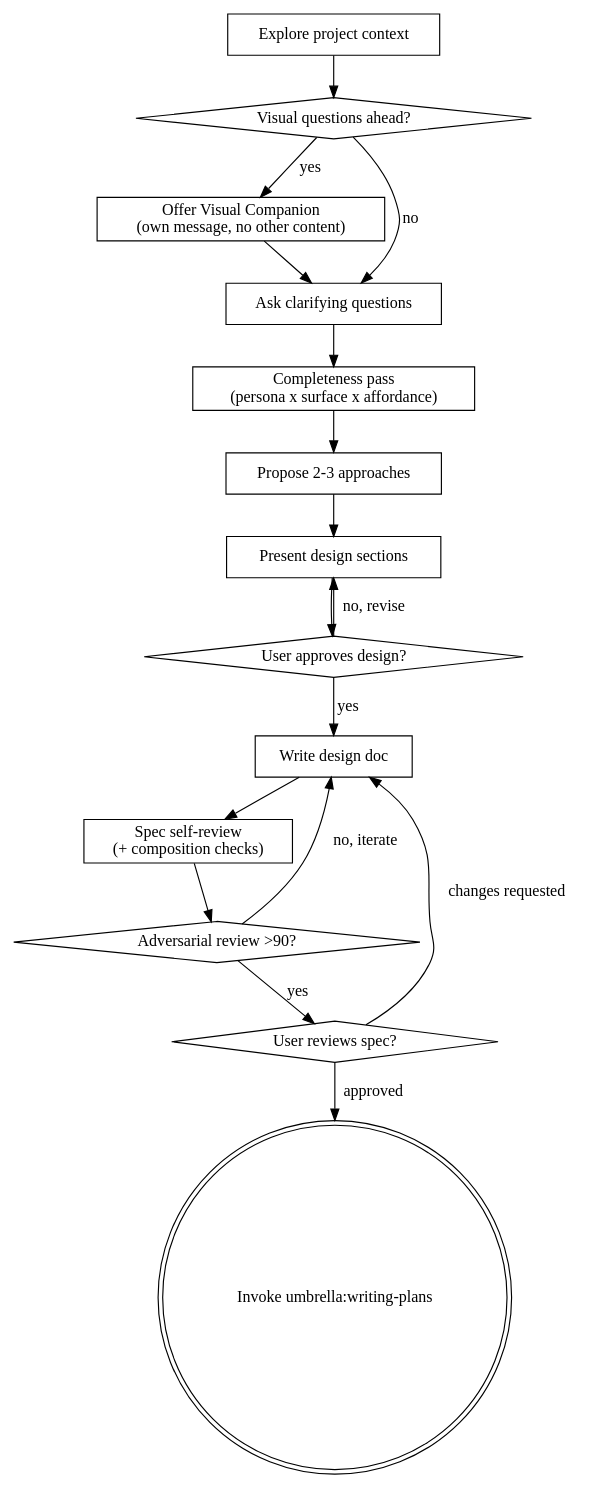
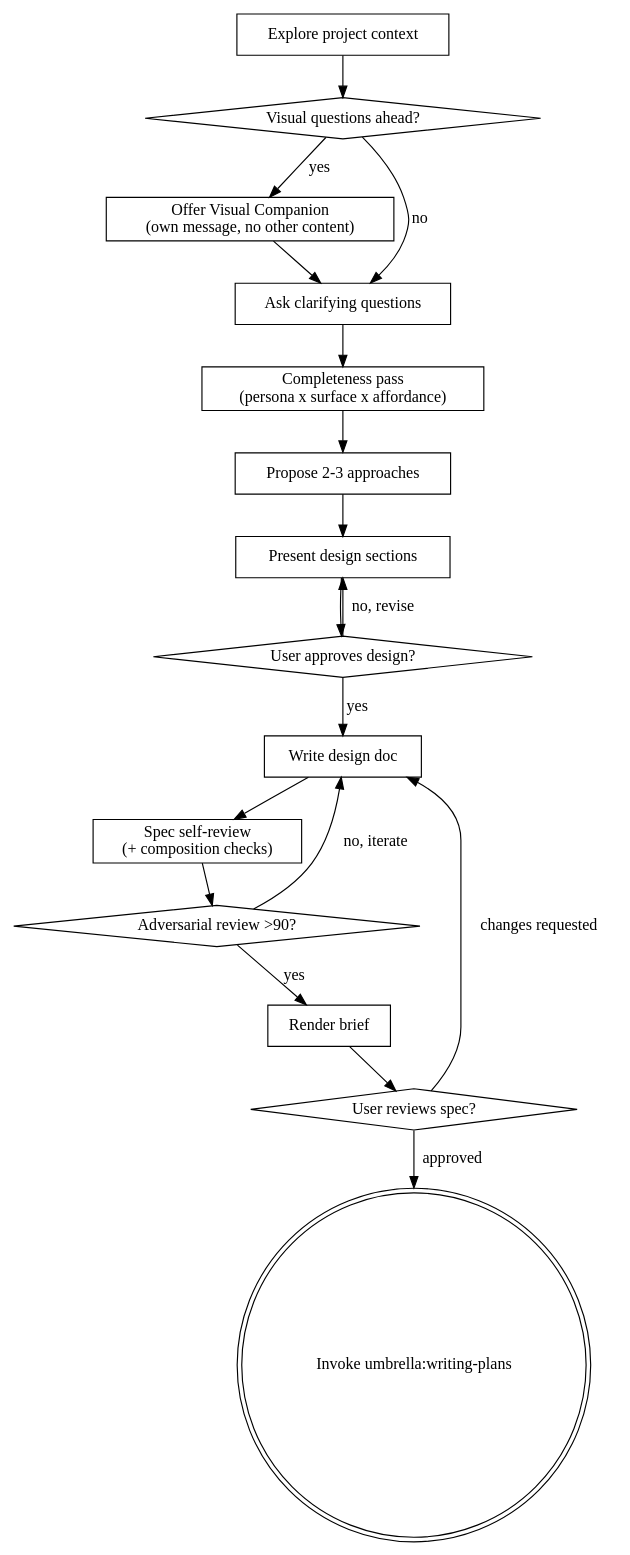
The diagram in skills/brainstorming/SKILL.md (fbac/umbrella), drawn with Graphviz before and after one commit. The commit also changed other lines of this file and 1 other file, not shown here.

First line of the commit message:
feat(brainstorming): render a change brief before the user review gate

````diff
--- a/skills/brainstorming/SKILL.md
+++ b/skills/brainstorming/SKILL.md
@@ -40,34 +41,36 @@
 ```dot
 digraph brainstorming {
     "Explore project context" [shape=box];
     "Visual questions ahead?" [shape=diamond];
     "Offer Visual Companion\n(own message, no other content)" [shape=box];
     "Ask clarifying questions" [shape=box];
     "Completeness pass\n(persona x surface x affordance)" [shape=box];
     "Propose 2-3 approaches" [shape=box];
     "Present design sections" [shape=box];
     "User approves design?" [shape=diamond];
     "Write design doc" [shape=box];
     "Spec self-review\n(+ composition checks)" [shape=box];
     "Adversarial review >90?" [shape=diamond];
+    "Render brief" [shape=box];
     "User reviews spec?" [shape=diamond];
     "Invoke umbrella:writing-plans" [shape=doublecircle];
 
     "Explore project context" -> "Visual questions ahead?";
     "Visual questions ahead?" -> "Offer Visual Companion\n(own message, no other content)" [label="yes"];
     "Visual questions ahead?" -> "Ask clarifying questions" [label="no"];
     "Offer Visual Companion\n(own message, no other content)" -> "Ask clarifying questions";
     "Ask clarifying questions" -> "Completeness pass\n(persona x surface x affordance)";
     "Completeness pass\n(persona x surface x affordance)" -> "Propose 2-3 approaches";
     "Propose 2-3 approaches" -> "Present design sections";
     "Present design sections" -> "User approves design?";
     "User approves design?" -> "Present design sections" [label="no, revise"];
     "User approves design?" -> "Write design doc" [label="yes"];
     "Write design doc" -> "Spec self-review\n(+ composition checks)";
     "Spec self-review\n(+ composition checks)" -> "Adversarial review >90?";
     "Adversarial review >90?" -> "Write design doc" [label="no, iterate"];
-    "Adversarial review >90?" -> "User reviews spec?" [label="yes"];
+    "Adversarial review >90?" -> "Render brief" [label="yes"];
+    "Render brief" -> "User reviews spec?";
     "User reviews spec?" -> "Write design doc" [label="changes requested"];
     "User reviews spec?" -> "Invoke umbrella:writing-plans" [label="approved"];
 }
 ```
````
